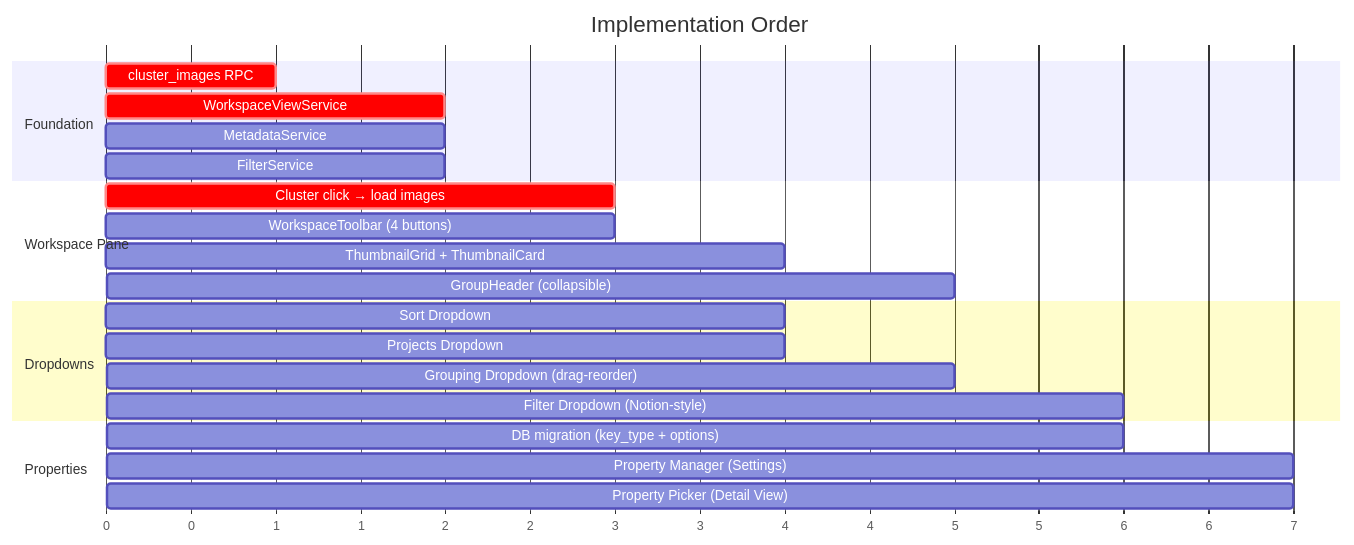
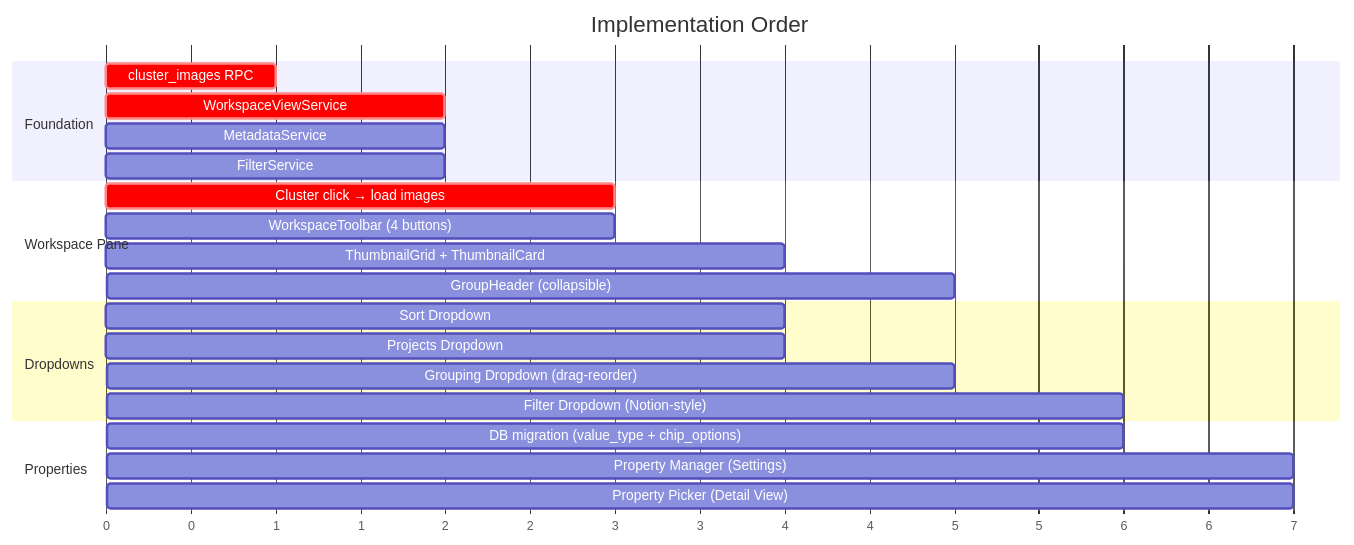
The seventh of 7 diagrams in docs/element-specs/workspace-view-system.md (matkleve/feldpost), drawn with Mermaid before and after one commit. The commit also changed other lines of this file and 15 other files, not shown here.

````diff
--- a/docs/element-specs/workspace-view-system.md
+++ b/docs/element-specs/workspace-view-system.md
@@ -408,29 +408,29 @@
 ```mermaid
 gantt
     title Implementation Order
     dateFormat  X
     axisFormat %s
 
     section Foundation
     cluster_images RPC                :crit, a1, 0, 1
     WorkspaceViewService              :crit, a2, 1, 2
     MetadataService                   :a3, 1, 2
     FilterService                     :a4, 1, 2
 
     section Workspace Pane
     Cluster click → load images       :crit, b1, 2, 3
     WorkspaceToolbar (4 buttons)      :b2, 2, 3
     ThumbnailGrid + ThumbnailCard     :b3, 3, 4
     GroupHeader (collapsible)          :b4, 4, 5
 
     section Dropdowns
     Sort Dropdown                     :c1, 3, 4
     Projects Dropdown                 :c2, 3, 4
     Grouping Dropdown (drag-reorder) :c3, 4, 5
     Filter Dropdown (Notion-style)    :c4, 5, 6
 
     section Properties
-    DB migration (key_type + options)  :d1, 5, 6
+    DB migration (value_type + chip_options)  :d1, 5, 6
     Property Manager (Settings)        :d2, 6, 7
     Property Picker (Detail View)      :d3, 6, 7
 ```
````
